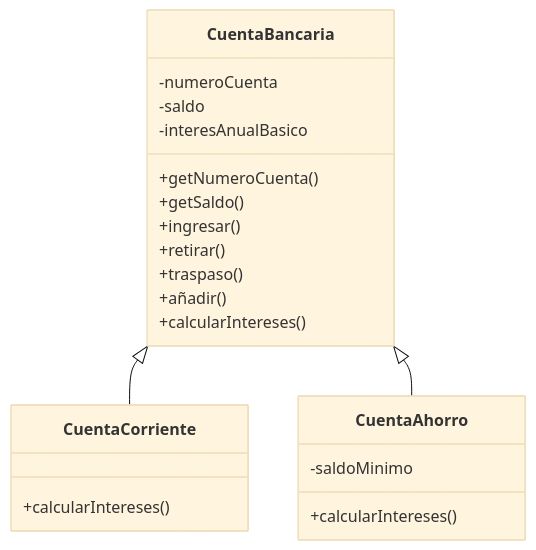
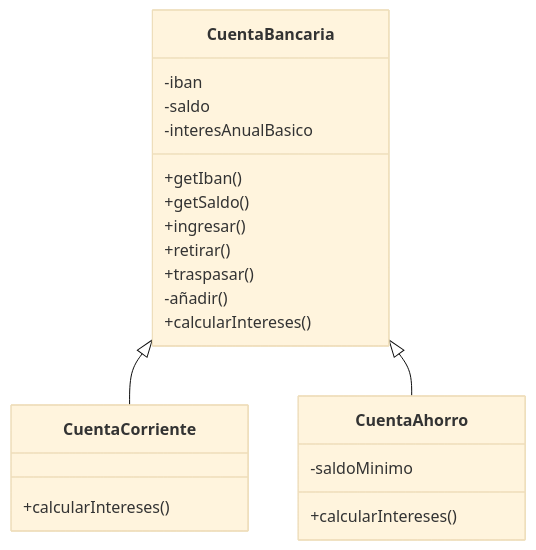
Before and after one commit to martinezpenya/1DAMProgramacion: the third of 3 diagrams in docs/UD08/UD08_ejercicios_ES.md, drawn with Mermaid (base theme). The commit also changed other lines of this file, not shown here.

````diff
--- a/docs/UD08/UD08_ejercicios_ES.md
+++ b/docs/UD08/UD08_ejercicios_ES.md
@@ -522,25 +557,25 @@
 ```mermaid
 classDiagram
     CuentaBancaria <|-- CuentaCorriente
     CuentaBancaria <|-- CuentaAhorro
 
-    CuentaBancaria : -numeroCuenta
+    CuentaBancaria : -iban
     CuentaBancaria : -saldo
     CuentaBancaria: -interesAnualBasico
-    CuentaBancaria: +getNumeroCuenta()
+    CuentaBancaria: +getIban()
     CuentaBancaria: +getSaldo()
     CuentaBancaria: +ingresar()
     CuentaBancaria: +retirar()
-    CuentaBancaria: +traspaso()
-    CuentaBancaria: +añadir()   
+    CuentaBancaria: +traspasar()
+    CuentaBancaria: -añadir()   
     CuentaBancaria: +calcularIntereses()   
    
     class CuentaCorriente{
         +calcularIntereses()
     }
 
     class CuentaAhorro{
         -saldoMinimo
         +calcularIntereses()
     }
 ```
````
